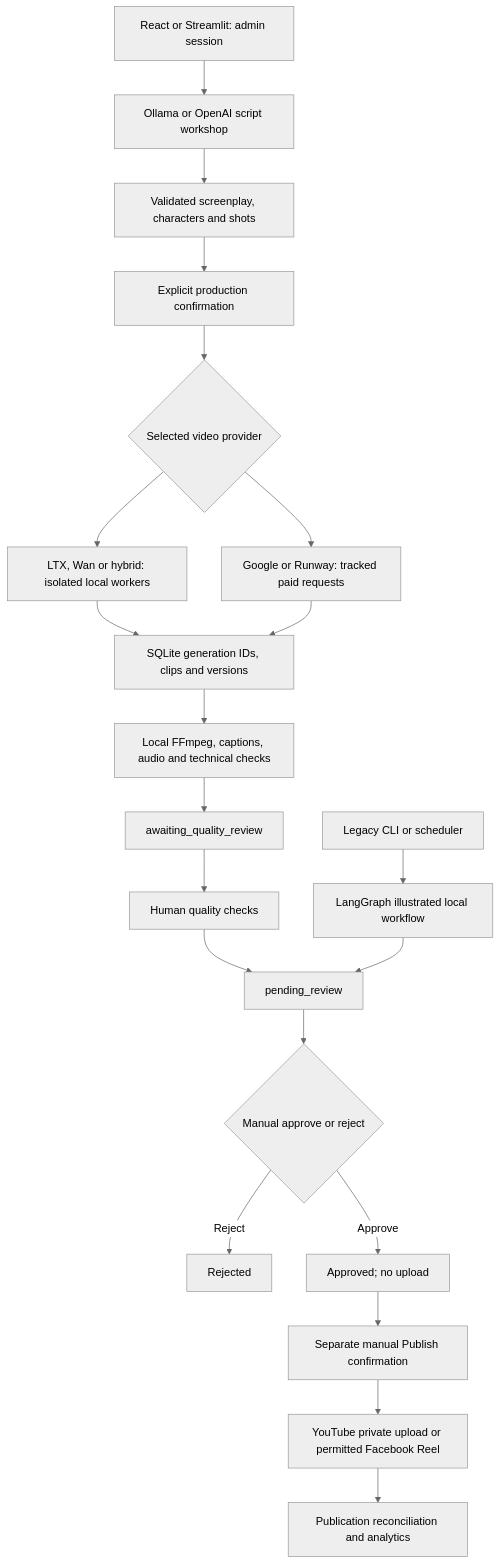
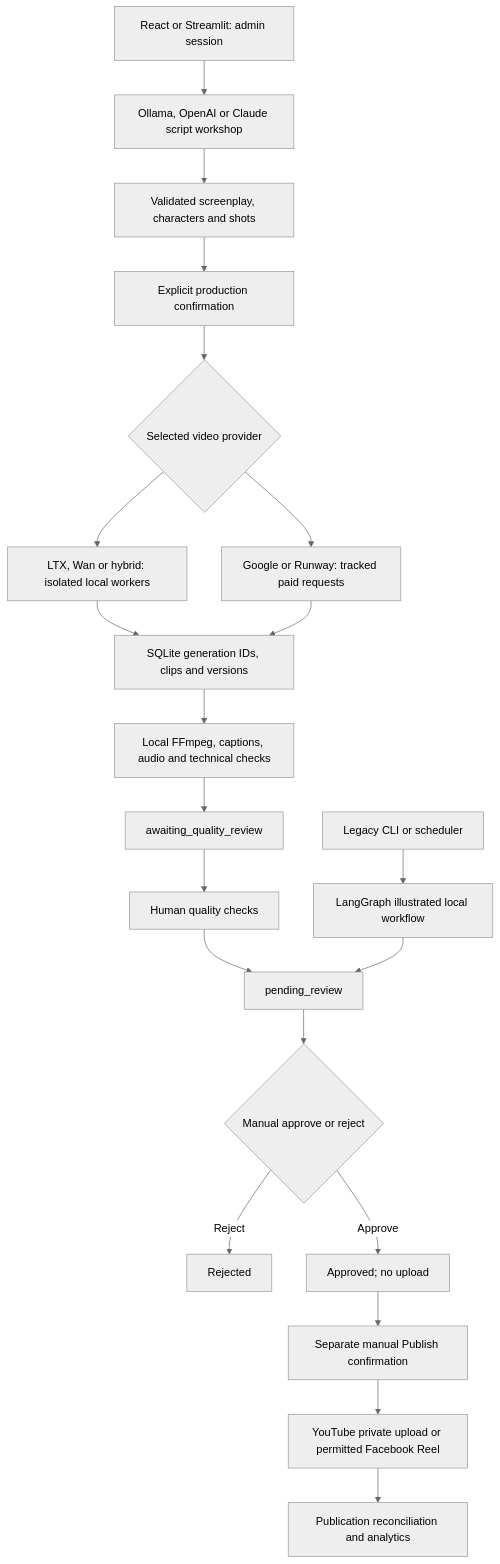
The diagram in README.md (aashikazim/ai-content-agent), drawn with Mermaid (neutral theme) before and after one commit. The commit also changed other lines of this file and 23 other files, not shown here.

````diff
--- a/README.md
+++ b/README.md
@@ -169,23 +202,23 @@
 ```mermaid
 flowchart TD
-    A[React or Streamlit: admin session] --> B[Ollama or OpenAI script workshop]
+    A[React or Streamlit: admin session] --> B[Ollama, OpenAI or Claude script workshop]
     B --> C[Validated screenplay, characters and shots]
     C --> D[Explicit production confirmation]
     D --> E{Selected video provider}
     E --> F[LTX, Wan or hybrid: isolated local workers]
     E --> G[Google or Runway: tracked paid requests]
     F --> H[SQLite generation IDs, clips and versions]
     G --> H
     H --> I[Local FFmpeg, captions, audio and technical checks]
     I --> J[awaiting_quality_review]
     J --> K[Human quality checks]
     K --> L[pending_review]
     M[Legacy CLI or scheduler] --> N[LangGraph illustrated local workflow]
     N --> L
     L --> O{Manual approve or reject}
     O -->|Reject| P[Rejected]
     O -->|Approve| Q[Approved; no upload]
     Q --> R[Separate manual Publish confirmation]
     R --> S[YouTube private upload or permitted Facebook Reel]
     S --> T[Publication reconciliation and analytics]
 ```
````
